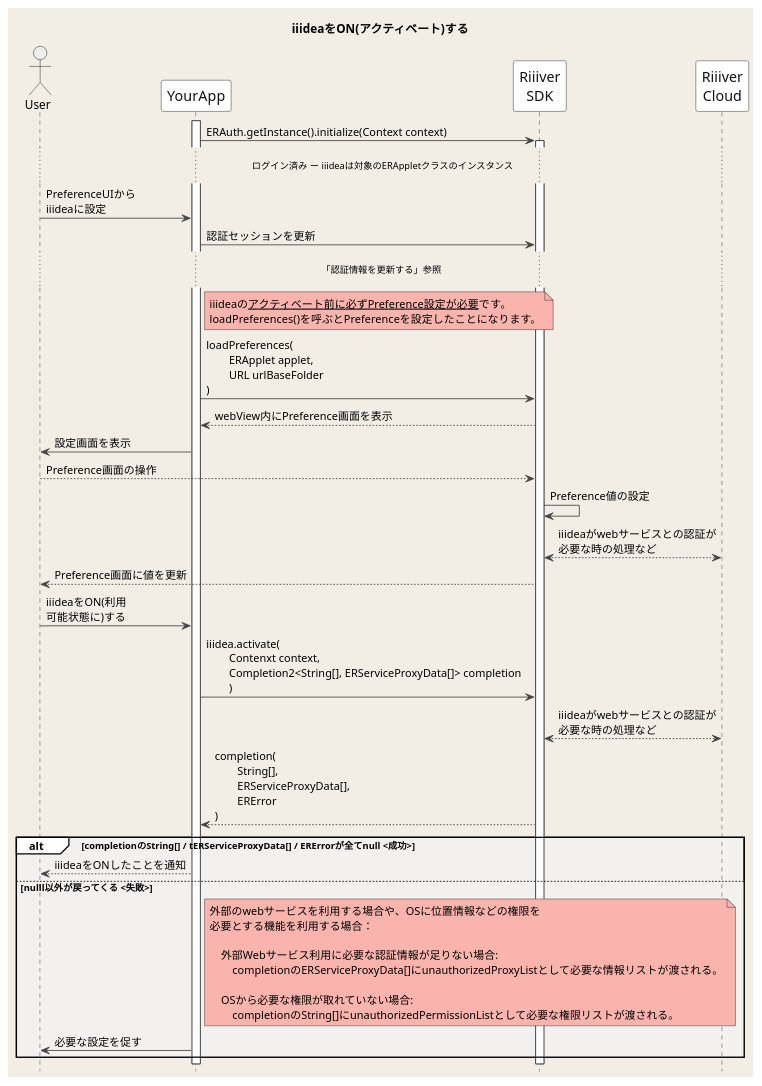
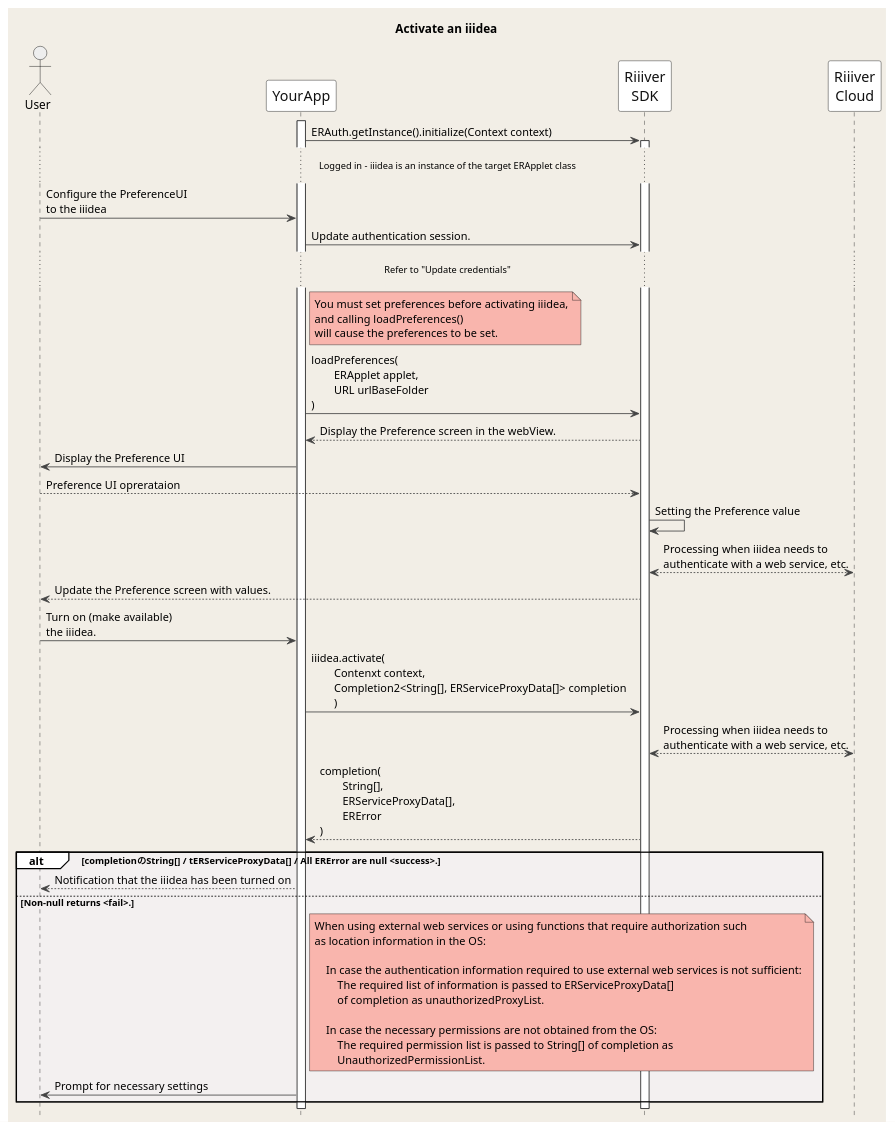
The diagram in images/Android/en/Sequences/activateIiidea.pu (CitizenWatch/RiiiverResources), drawn with PlantUML before and after one commit. The commit also changed 7 other files, not shown here.

Commit message:
Added English Sequence figures

```diff
--- a/images/Android/en/Sequences/activateIiidea.pu
+++ b/images/Android/en/Sequences/activateIiidea.pu
@@ -1,76 +1,78 @@
 @startuml
-title iiideaをON(アクティベート)する
+title Activate an iiidea
 hide footbox
 
 skinparam DefaultFontName "Noto Sans JP, Helvetica, Arial, Liberation Sans"
 skinparam BackgroundColor #F2EEE6
 skinparam Shadowing false
 skinparam NoteBackgroundColor #F9B5AD
 skinparam NodeBorderColor #F26767
 
 skinparam sequence {
 ArrowColor #444444
 ActorBorderColor Black
 LifeLineBorderColor #222222
 LifeLineBackgroundColor White
 BoxBorderColor #FFFFFF
 BoxBackgroundColor #F2fEf6
 GroupBackgroundColor #FFFFFF
 GroupBodyBackgroundColor #F3F0F0
 
 ParticipantBorderColor #111111
 ParticipantBackgroundColor White
 ParticipantFontSize 17
 ParticipantFontColor #111111
 BoundaryBorderColor Gray
 ActorBackgroundColor #eeeeee
 ActorFontColor Black
 
 }
 
 actor User
 participant YourApp as App
 participant "Riiiver\nSDK" as ERSDK
 participant "Riiiver\nCloud" as Riiiver
 
 activate App
 
 App -> ERSDK: ERAuth.getInstance().initialize(Context context)
 activate ERSDK
 
-... ログイン済み ー iiideaは対象のERAppletクラスのインスタンス...
+... Logged in - iiidea is an instance of the target ERApplet class ...
 
-User -> App: PreferenceUIから\niiideaに設定
+User -> App: Configure the PreferenceUI\nto the iiidea
 
-App -> ERSDK: 認証セッションを更新
-... 「認証情報を更新する」参照 ...
-note right of App: iiideaの__アクティベート前に必ずPreference設定が必要__です。\nloadPreferences()を呼ぶとPreferenceを設定したことになります。
+App -> ERSDK: Update authentication session.
+... Refer to "Update credentials" ...
+note right of App: You must set preferences before activating iiidea,\nand calling loadPreferences()\nwill cause the preferences to be set.
 App -> ERSDK: loadPreferences(\n\tERApplet applet,\n\tURL urlBaseFolder\n)
-App <-- ERSDK: webView内にPreference画面を表示
-User <- App: 設定画面を表示
-User --> ERSDK: Preference画面の操作
-ERSDK -> ERSDK: Preference値の設定
-ERSDK <--> Riiiver: iiideaがwebサービスとの認証が\n必要な時の処理など
-User <-- ERSDK: Preference画面に値を更新
+App <-- ERSDK: Display the Preference screen in the webView.
+User <- App: Display the Preference UI
+User --> ERSDK: Preference UI oprerataion
+ERSDK -> ERSDK: Setting the Preference value
+ERSDK <--> Riiiver: Processing when iiidea needs to\nauthenticate with a web service, etc.
+User <-- ERSDK: Update the Preference screen with values.
 
-User -> App: iiideaをON(利用\n可能状態に)する
+User -> App: Turn on (make available)\nthe iiidea.
 App -> ERSDK: iiidea.activate(\n\tContenxt context,\n\tCompletion2<String[], ERServiceProxyData[]> completion\n\t)
-ERSDK <--> Riiiver: iiideaがwebサービスとの認証が\n必要な時の処理など
+ERSDK <--> Riiiver: Processing when iiidea needs to\nauthenticate with a web service, etc.
 App <-- ERSDK: completion(\n\tString[],\n\tERServiceProxyData[],\n\tERError\n)
-alt completionのString[] / tERServiceProxyData[] / ERErrorが全てnull <成功>
-    User <-- App: iiideaをONしたことを通知
-else nulll以外が戻ってくる <失敗>
+alt completionのString[] / tERServiceProxyData[] / All ERError are null <success>.
+    User <-- App: Notification that the iiidea has been turned on
+else Non-null returns <fail>.
     note right of App
-        外部のwebサービスを利用する場合や、OSに位置情報などの権限を
-        必要とする機能を利用する場合：
+        When using external web services or using functions that require authorization such
+        as location information in the OS:
 
-            外部Webサービス利用に必要な認証情報が足りない場合:
-                completionのERServiceProxyData[]にunauthorizedProxyListとして必要な情報リストが渡される。
+            In case the authentication information required to use external web services is not sufficient:
+                The required list of information is passed to ERServiceProxyData[]
+                of completion as unauthorizedProxyList.
 
-            OSから必要な権限が取れていない場合:
-                completionのString[]にunauthorizedPermissionListとして必要な権限リストが渡される。
+            In case the necessary permissions are not obtained from the OS:
+                The required permission list is passed to String[] of completion as 
+                UnauthorizedPermissionList.
     end note
-    App -> User: 必要な設定を促す
+    App -> User: Prompt for necessary settings
 end
 
 @enduml
```
